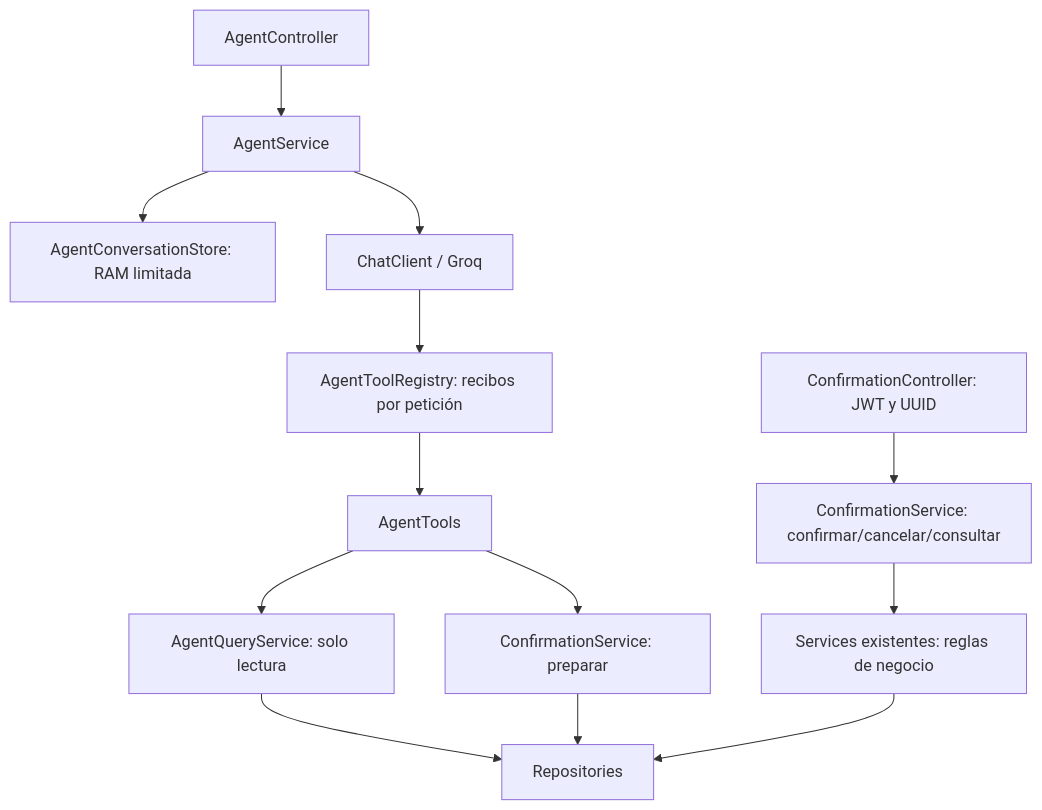
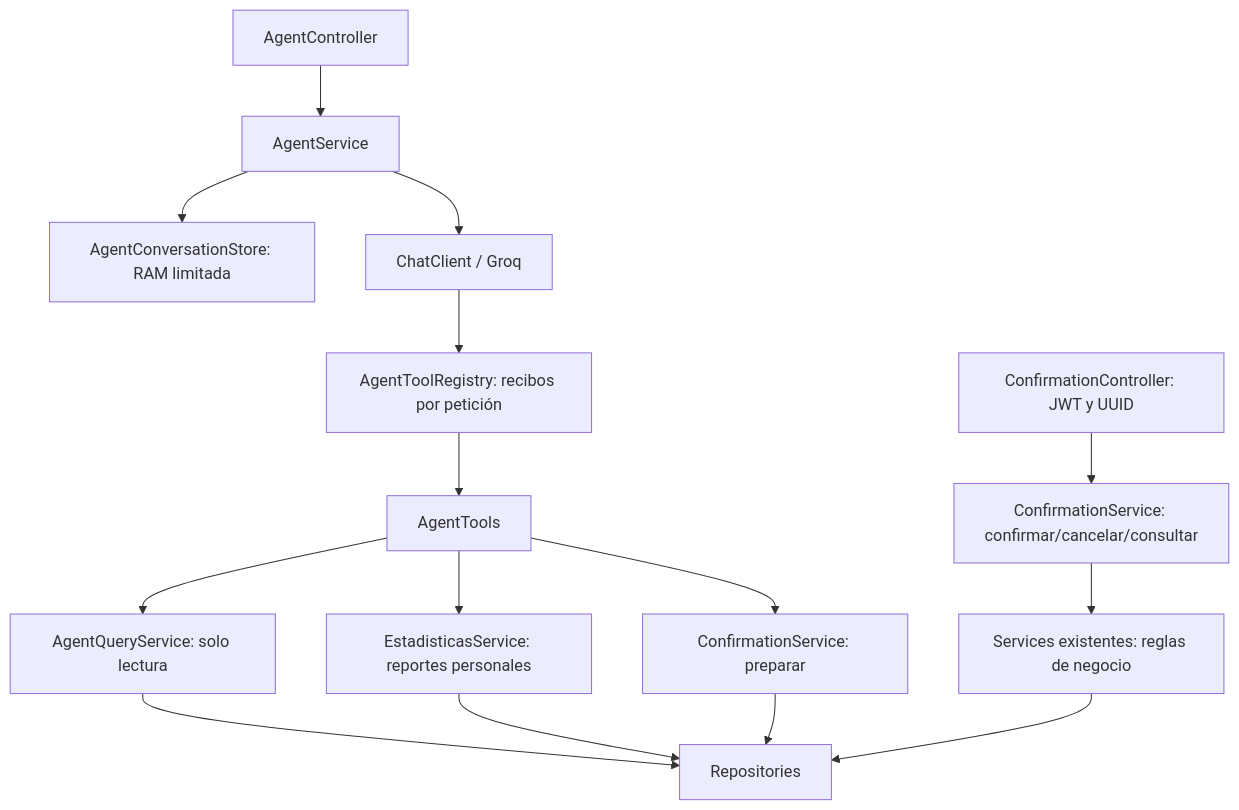
Before and after one commit to pollitoconpapass/uniride-spring-backend: the diagram in docs/agente_flujo.md, drawn with Mermaid. The commit also changed other lines of this file and 11 other files, not shown here.

````diff
--- a/docs/agente_flujo.md
+++ b/docs/agente_flujo.md
@@ -11,15 +11,17 @@
 ```mermaid
 flowchart TD
     C[AgentController] --> S[AgentService]
     S --> M[AgentConversationStore: RAM limitada]
     S --> CC[ChatClient / Groq]
     CC --> R[AgentToolRegistry: recibos por petición]
     R --> T[AgentTools]
     T --> Q[AgentQueryService: solo lectura]
+    T --> A[EstadisticasService: reportes personales]
     T --> P[ConfirmationService: preparar]
     H[ConfirmationController: JWT y UUID] --> E[ConfirmationService: confirmar/cancelar/consultar]
     E --> B[Services existentes: reglas de negocio]
     Q --> DB[Repositories]
+    A --> DB
     P --> DB
     B --> DB
 ```
````
